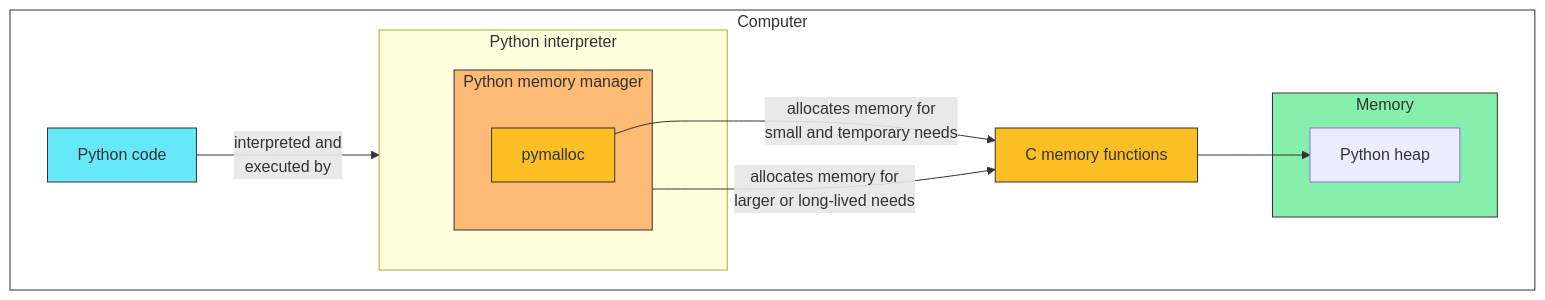
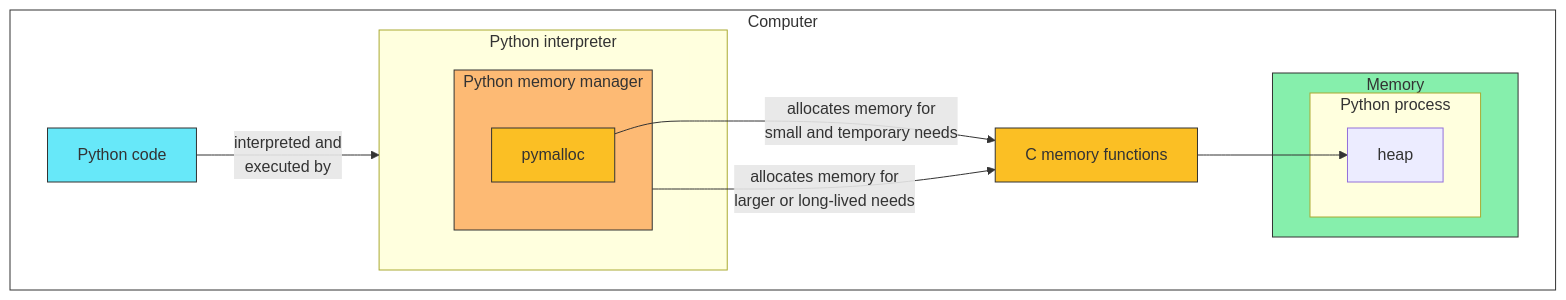
The eighth of 11 diagrams in _posts/2024-01-22-Python-Memory-Management-and-Troubleshooting.md (CU-DBMI/set-website), drawn with Mermaid before and after one commit. The commit also changed other lines of this file, not shown here.

Commit message:
add python process to other diagrams

````diff
--- a/_posts/2024-01-22-Python-Memory-Management-and-Troubleshooting.md
+++ b/_posts/2024-01-22-Python-Memory-Management-and-Troubleshooting.md
@@ -360,33 +364,35 @@
 ```mermaid!
 flowchart LR
 
 subgraph computer ["Computer"]
   direction LR
   subgraph memory["Memory"]
-    pyheap["Python heap"]
+    subgraph process["Python process"]
+        pyheap["heap"]
+    end
   end
   code["Python code"]
   malloc["C memory functions"]
   subgraph interpreter ["Python interpreter"]
     subgraph spacer [" "]
         subgraph mgr ["Python memory manager"]
             pymalloc["pymalloc"]
         end
     end
   end
 end
 
 code --> |interpreted and\nexecuted by| interpreter
 pymalloc --> |"allocates memory for\nsmall and temporary needs"| malloc
 mgr --> |"allocates memory for\nlarger or long-lived needs"| malloc
 malloc --> pyheap
 
 
 style computer fill:#fff,stroke:#333
 style memory fill:#86EFAC,stroke:#333
 style code fill:#67E8F9,stroke:#333;
 style mgr fill:#FDBA74,stroke:#333;
 style pymalloc fill:#FBBF24,stroke:#333;
 style malloc fill:#FBBF24,stroke:#333;
 style spacer stroke:none;
 ```
````
